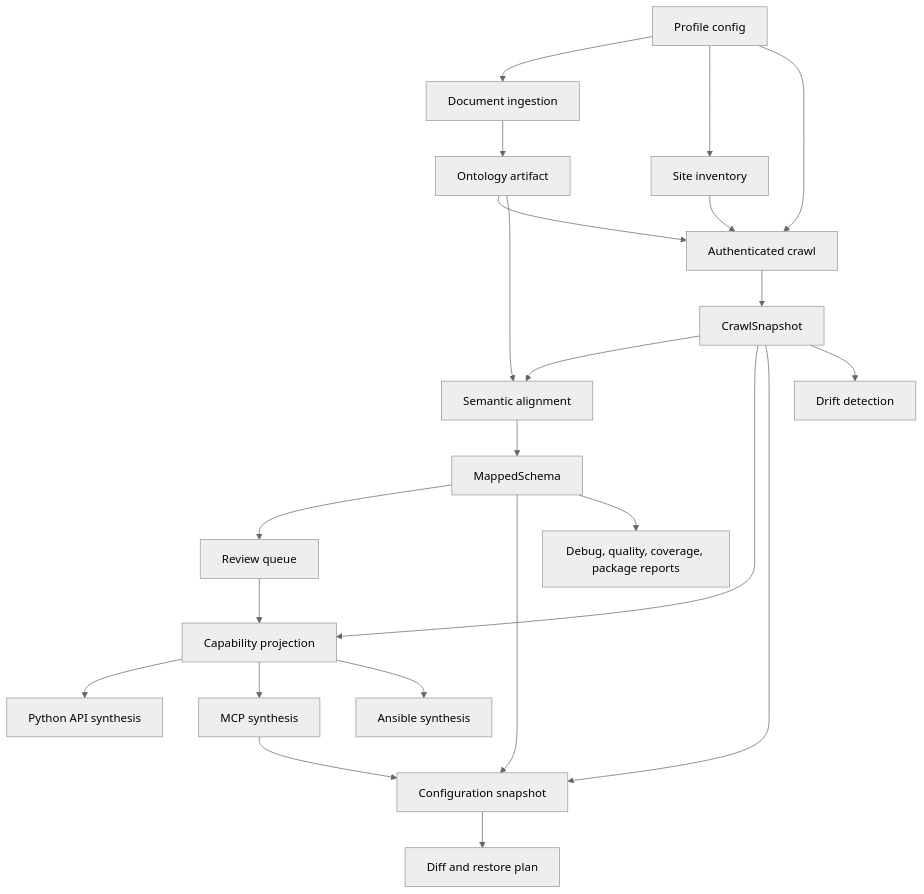
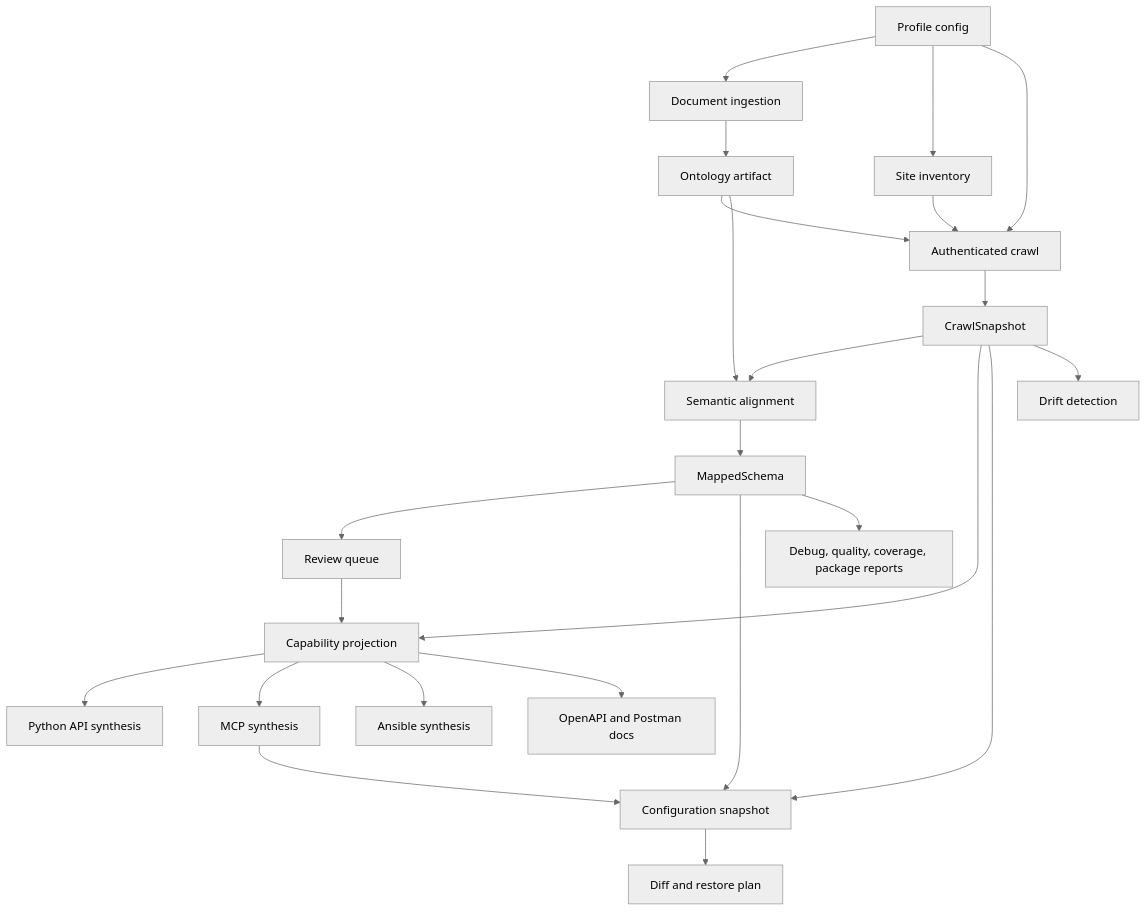
The second of 3 diagrams in docs/01_ARCHITECTURE.md (akarasulu/site-agent), drawn with Mermaid (neutral theme) before and after one commit. The commit also changed other lines of this file and 18 other files, not shown here.

Commit message:
Add generated OpenAPI and Postman docs

````diff
--- a/docs/01_ARCHITECTURE.md
+++ b/docs/01_ARCHITECTURE.md
@@ -51,25 +53,26 @@
 ```mermaid
 flowchart TD
   Profile[Profile config] --> Ingest[Document ingestion]
   Ingest --> Ontology[Ontology artifact]
   Profile --> Inventory[Site inventory]
   Profile --> Crawl[Authenticated crawl]
   Ontology --> Crawl
   Inventory --> Crawl
   Crawl --> Snapshot[CrawlSnapshot]
   Snapshot --> Align[Semantic alignment]
   Ontology --> Align
   Align --> Schema[MappedSchema]
   Schema --> Review[Review queue]
   Review --> Capabilities[Capability projection]
   Snapshot --> Capabilities
   Capabilities --> APISynth[Python API synthesis]
   Capabilities --> MCPSynth[MCP synthesis]
   Capabilities --> AnsibleSynth[Ansible synthesis]
+  Capabilities --> DocsSynth[OpenAPI and Postman docs]
   Snapshot --> Config[Configuration snapshot]
   Schema --> Config
   MCPSynth --> Config
   Config --> Diff[Diff and restore plan]
   Snapshot --> Drift[Drift detection]
   Schema --> Reports[Debug, quality, coverage, package reports]
 ```
````
